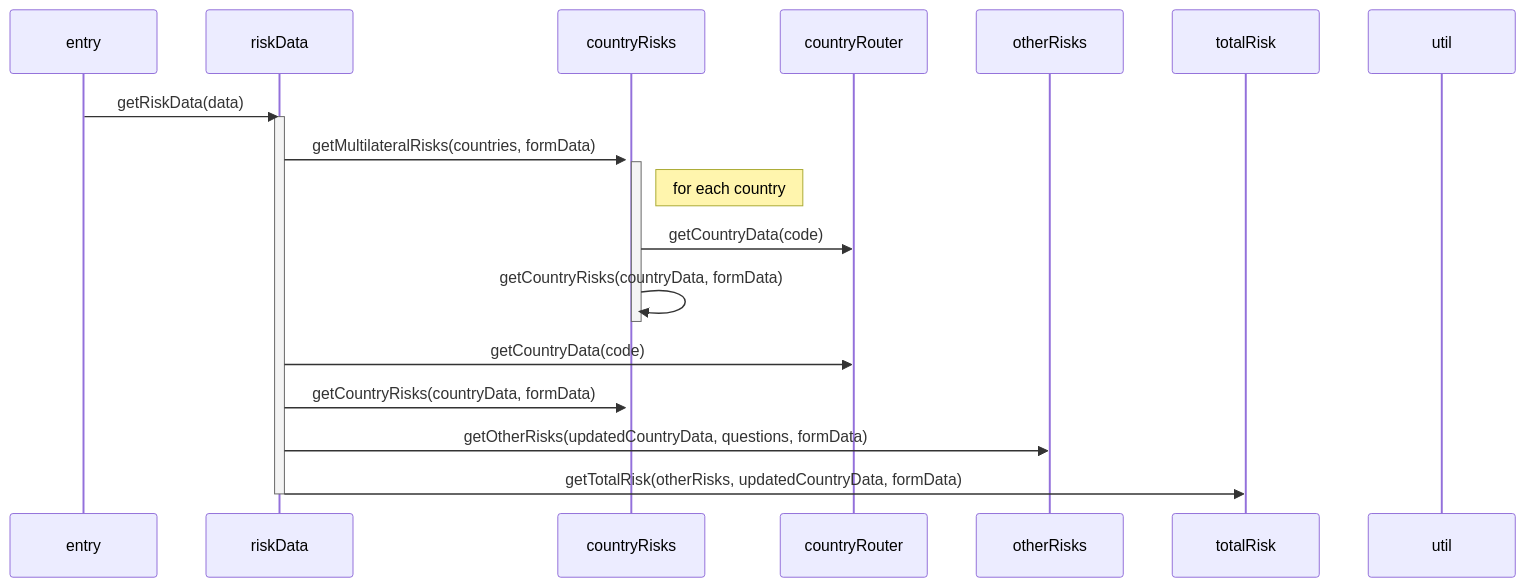
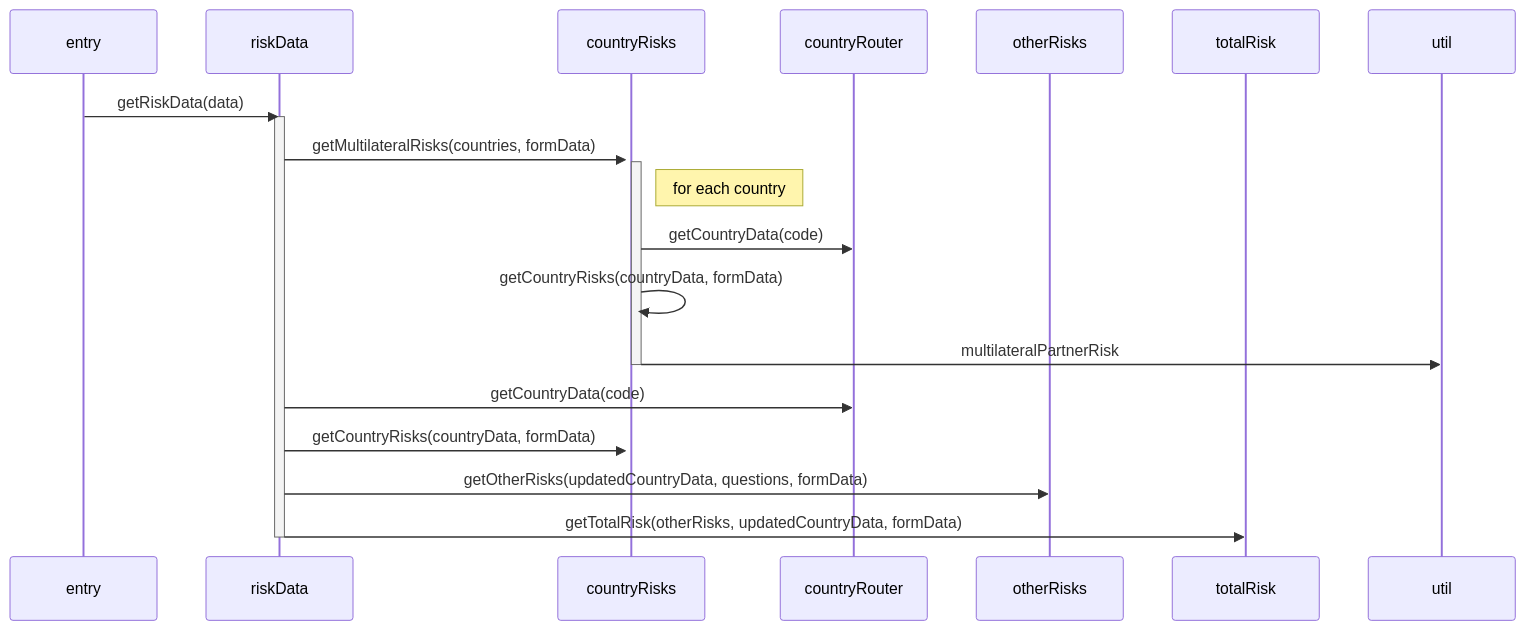
The diagram in docs/control_flow.md (UniversityOfHelsinkiCS/riksutin), drawn with Mermaid before and after one commit.

Commit message:
Add multilateralPartnerRisk to countryRisks flow

````diff
--- a/docs/control_flow.md
+++ b/docs/control_flow.md
@@ -1,24 +1,25 @@
 ```mermaid
 sequenceDiagram
     participant entry
     participant riskData
     participant countryRisks
     participant countryRouter
     participant otherRisks
     participant totalRisk
     participant util
 
     entry->>riskData: getRiskData(data)
     activate riskData
     riskData ->>+ countryRisks: getMultilateralRisks(countries, formData)
     activate countryRisks
     Note right of countryRisks: for each country
     countryRisks ->> countryRouter: getCountryData(code)
     countryRisks ->> countryRisks: getCountryRisks(countryData, formData)
+    countryRisks ->> util: multilateralPartnerRisk
     deactivate countryRisks
     riskData ->> countryRouter: getCountryData(code)
     riskData ->> countryRisks: getCountryRisks(countryData, formData)
     riskData ->> otherRisks: getOtherRisks(updatedCountryData, questions, formData)
     riskData ->> totalRisk: getTotalRisk(otherRisks, updatedCountryData, formData)
     deactivate riskData
 ```
````
